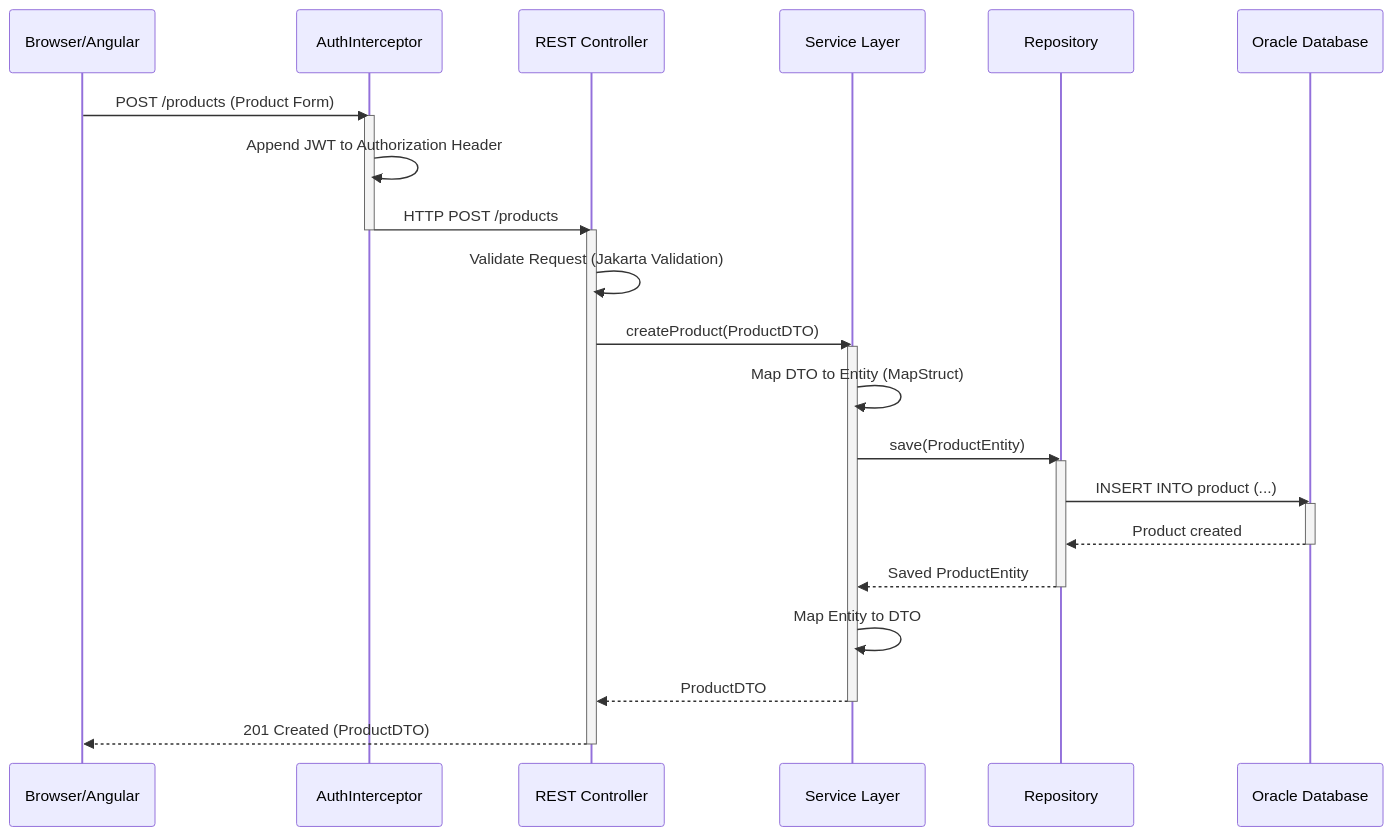
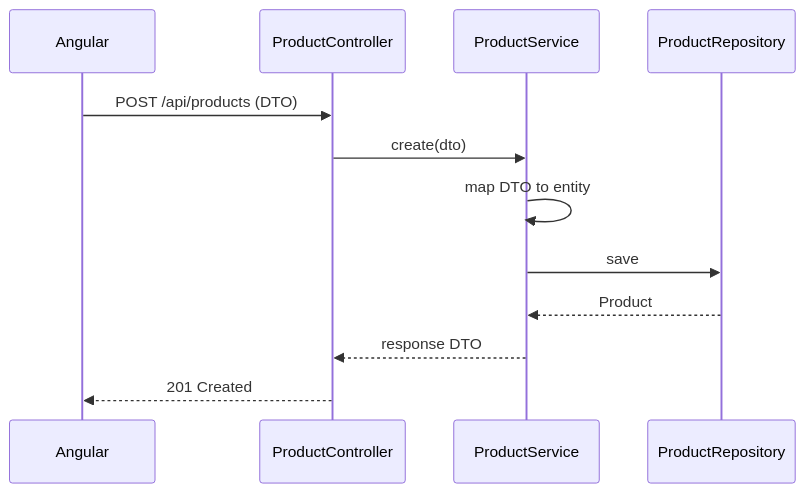
The second of 7 diagrams in docs/sequence-diagrams.md (kirtika-0102/StockSmart), drawn with Mermaid before and after one commit. The commit also changed other lines of this file and 74 other files, not shown here.

Commit message:
architecture of application

````diff
--- a/docs/sequence-diagrams.md
+++ b/docs/sequence-diagrams.md
@@ -50,34 +31,15 @@
 ```mermaid
 sequenceDiagram
-    participant U as Browser/Angular
-    participant AI as AuthInterceptor
-    participant C as REST Controller
-    participant S as Service Layer
-    participant R as Repository
-    participant DB as Oracle Database
+    participant A as Angular
+    participant C as ProductController
+    participant S as ProductService
+    participant R as ProductRepository
 
-    U->>AI: POST /products (Product Form)
-    activate AI
-    AI->>AI: Append JWT to Authorization Header
-    AI->>C: HTTP POST /products
-    deactivate AI
-    
-    activate C
-    C->>C: Validate Request (Jakarta Validation)
-    C->>S: createProduct(ProductDTO)
-    activate S
-    S->>S: Map DTO to Entity (MapStruct)
-    S->>R: save(ProductEntity)
-    activate R
-    R->>DB: INSERT INTO product (...)
-    activate DB
-    DB-->>R: Product created
-    deactivate DB
-    R-->>S: Saved ProductEntity
-    deactivate R
-    S->>S: Map Entity to DTO
-    S-->>C: ProductDTO
-    deactivate S
-    C-->>U: 201 Created (ProductDTO)
-    deactivate C
+    A->>C: POST /api/products (DTO)
+    C->>S: create(dto)
+    S->>S: map DTO to entity
+    S->>R: save
+    R-->>S: Product
+    S-->>C: response DTO
+    C-->>A: 201 Created
 ```
````
